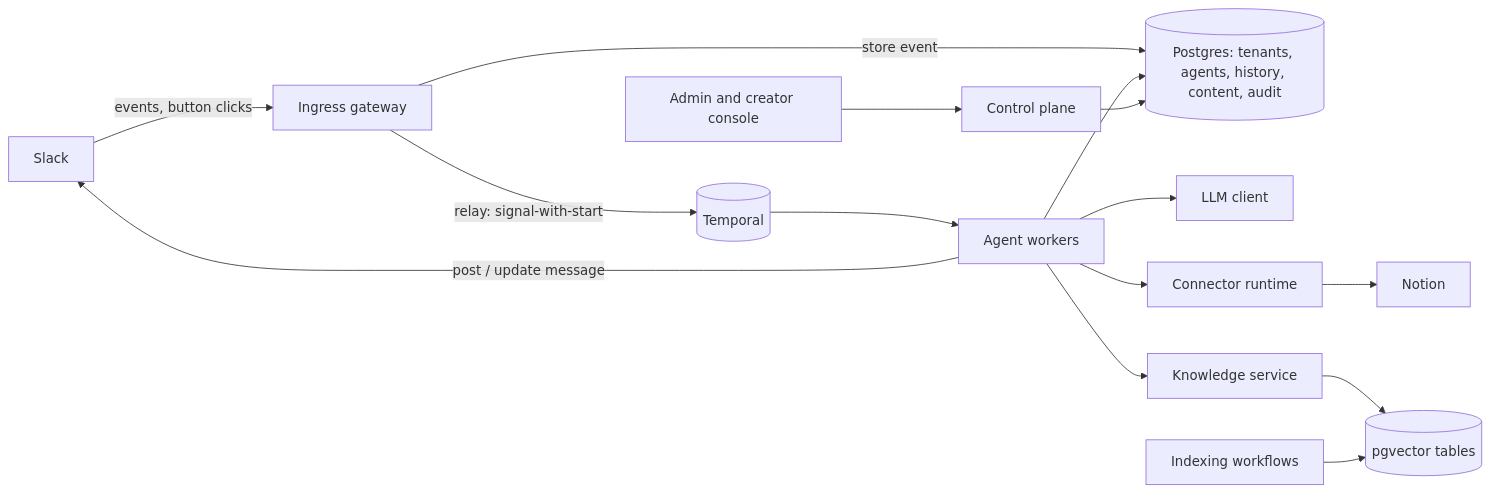
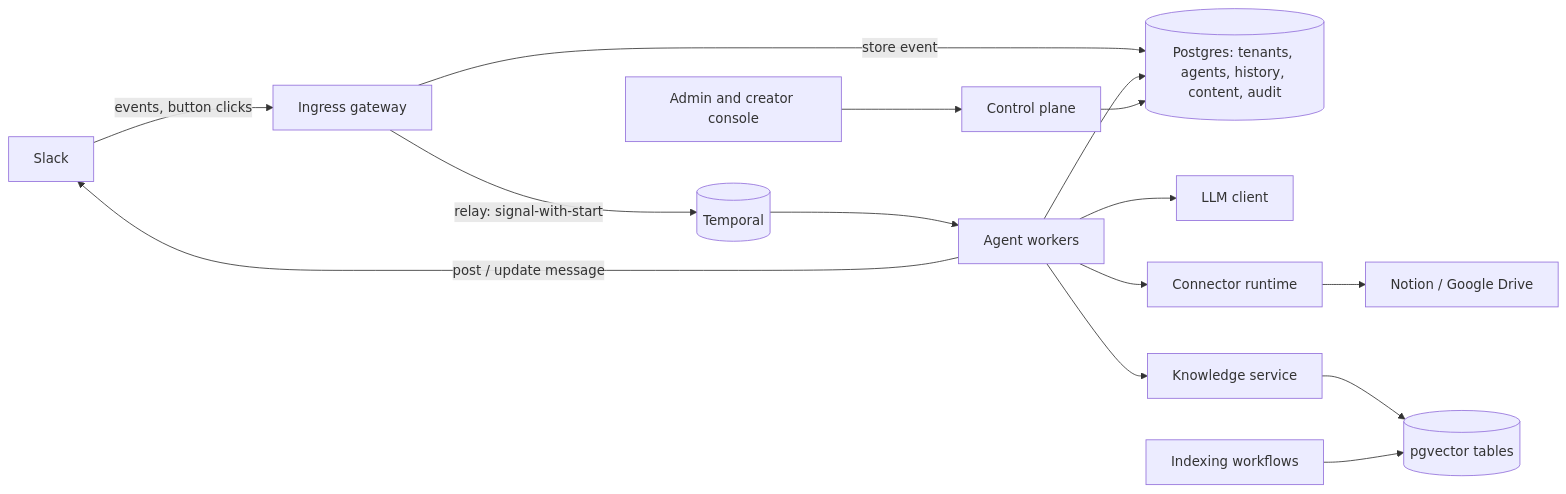
One commit to itsbryanlai/agent-architecture changed the first of 2 diagrams in docs/architecture.md. Above: the diagram before and after it, drawn with Mermaid. The commit also changed other lines of this file and 2 other files, not shown here.

Commit message:
docs: architecture, product and status describe what is built

````diff
--- a/docs/architecture.md
+++ b/docs/architecture.md
@@ -13,16 +13,16 @@
 ```mermaid
 flowchart LR
   Slack[Slack] -->|events, button clicks| GW[Ingress gateway]
   GW -->|store event| DB
   GW -->|relay: signal-with-start| T[(Temporal)]
   T --> W[Agent workers]
   W --> LLM[LLM client]
   W --> CX[Connector runtime]
-  CX --> SaaS[Notion]
+  CX --> SaaS[Notion / Google Drive]
   W --> KB[Knowledge service]
   KB --> VDB[(pgvector tables)]
   W --> DB[(Postgres: tenants, agents, history, content, audit)]
   W -->|post / update message| Slack
   Admin[Admin and creator console] --> API[Control plane] --> DB
   Sync[Indexing workflows] --> VDB
 ```
````
